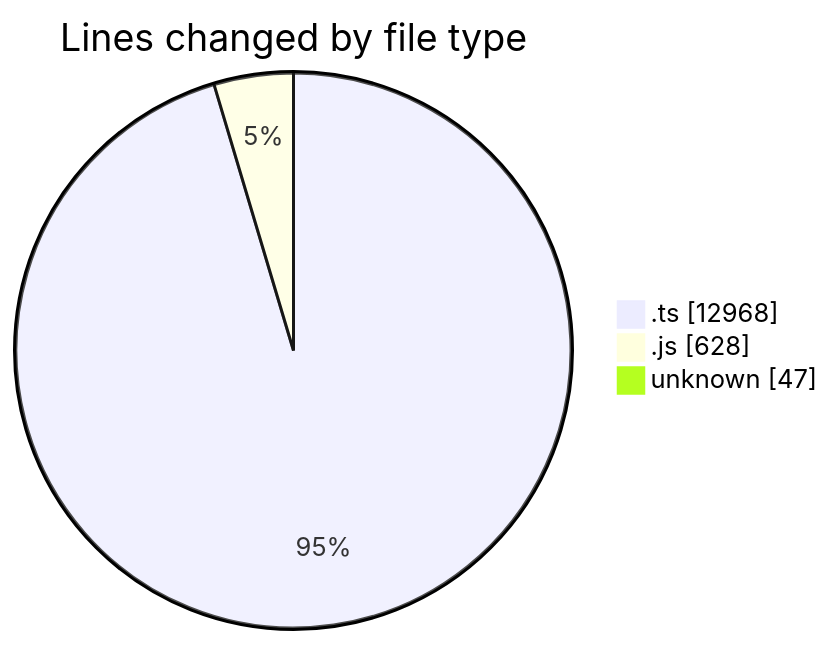
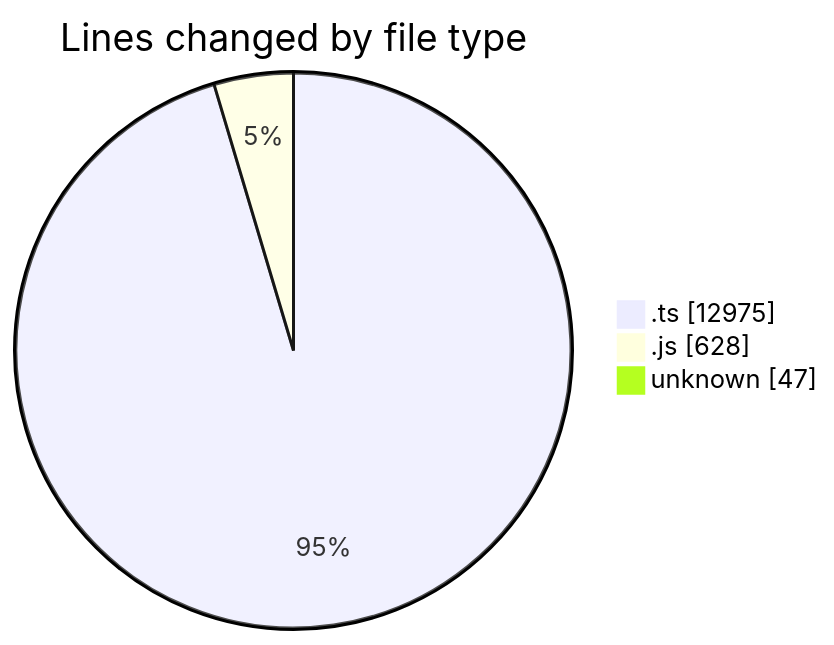
The first of 2 diagrams in 2025-09-05/cda/README.md (momahboobian/code-tracking), drawn with Mermaid before and after one commit. The commit also changed other lines of this file and 1 other file, not shown here.

````diff
--- a/2025-09-05/cda/README.md
+++ b/2025-09-05/cda/README.md
@@ -27,7 +27,7 @@
 ```mermaid
 pie showData
 title Lines changed by file type
-".ts" : 12968
+".ts" : 12975
 ".js" : 628
 "unknown" : 47
 ```
````
